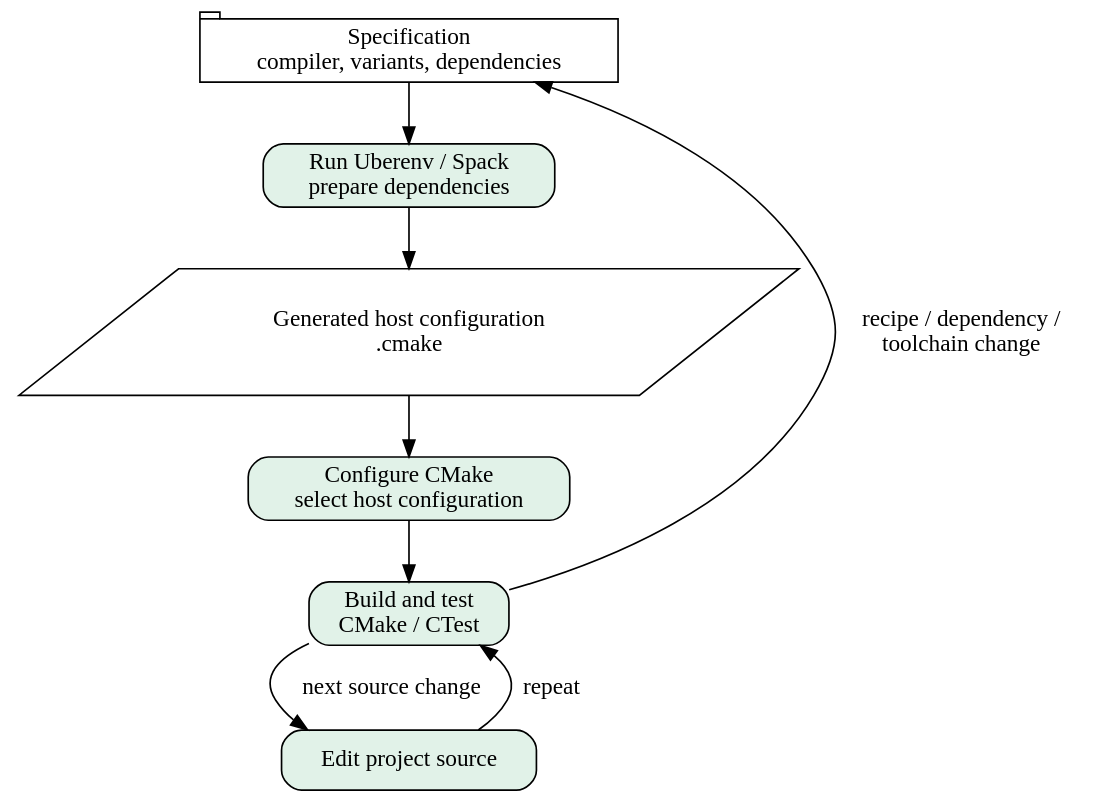
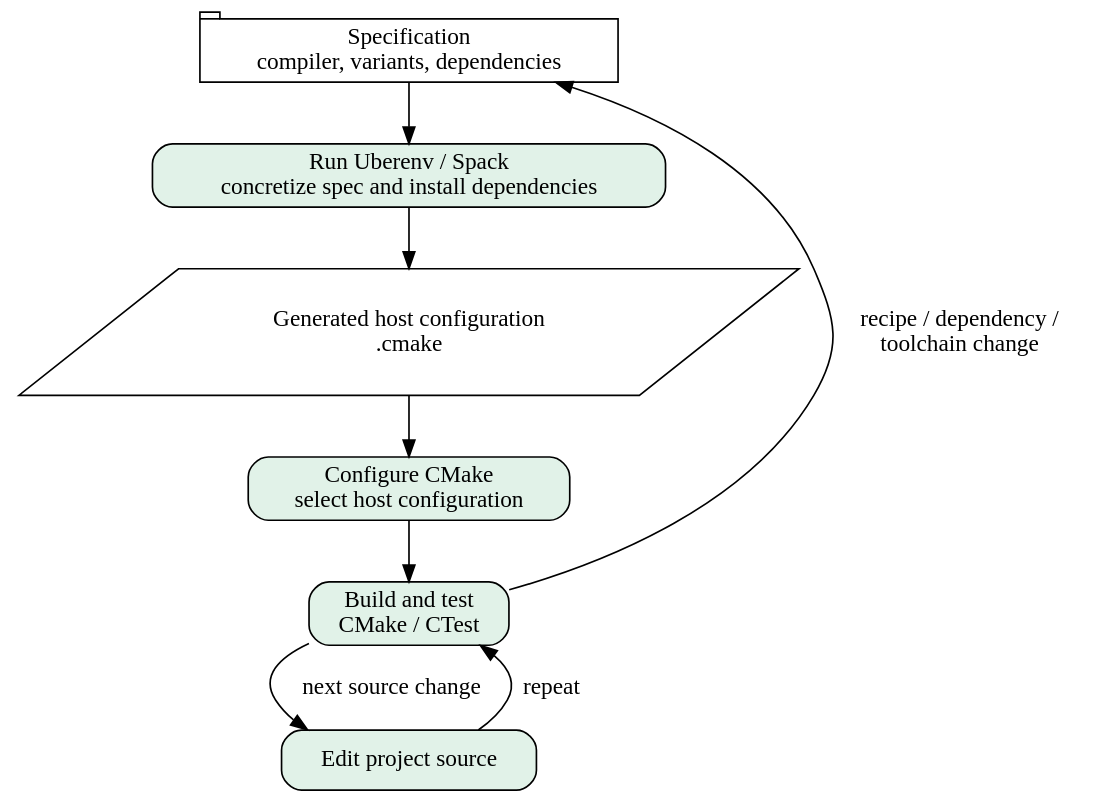
One commit to llnl/radiuss-spack-configs changed the diagram in docs/sphinx/figures/developer-loop.dot. Above: the diagram before and after it, drawn with Graphviz. The commit also changed 18 other files, not shown here.

```diff
--- a/docs/sphinx/figures/developer-loop.dot
+++ b/docs/sphinx/figures/developer-loop.dot
@@ -1,14 +1,14 @@
 // SPDX-License-Identifier: MIT
 digraph developer_loop {
   rankdir=TB;
   spec [label="Specification\ncompiler, variants, dependencies", shape=tab, fillcolor="#eee8f5"];
-  prepare [label="Run Uberenv / Spack\nprepare dependencies", shape=box, style="rounded,filled", fillcolor="#e1f2e8"];
+  prepare [label="Run Uberenv / Spack\nconcretize spec and install dependencies", shape=box, style="rounded,filled", fillcolor="#e1f2e8"];
   host [label="Generated host configuration\n.cmake", shape=parallelogram, fillcolor="#dcf2f4"];
   configure [label="Configure CMake\nselect host configuration", shape=box, style="rounded,filled", fillcolor="#e1f2e8"];
   build [label="Build and test\nCMake / CTest", shape=box, style="rounded,filled", fillcolor="#e1f2e8"];
   edit [label="Edit project source", shape=box, style="rounded,filled", fillcolor="#e1f2e8"];
   spec -> prepare -> host -> configure -> build;
   build -> edit [label="next source change"];
   edit -> build [label="repeat"];
   build -> spec [label="recipe / dependency /\ntoolchain change", constraint=false];
 }
```
